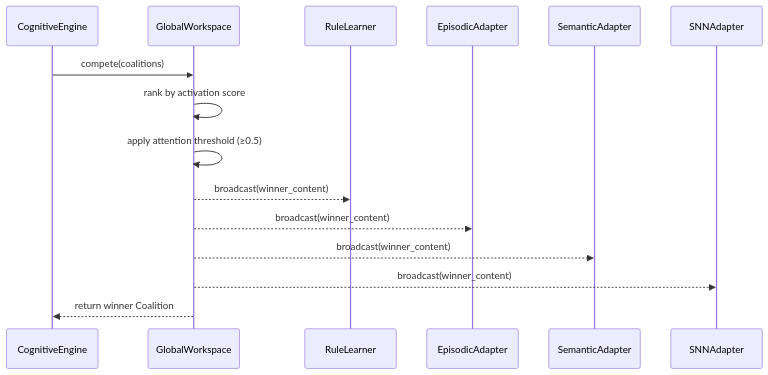
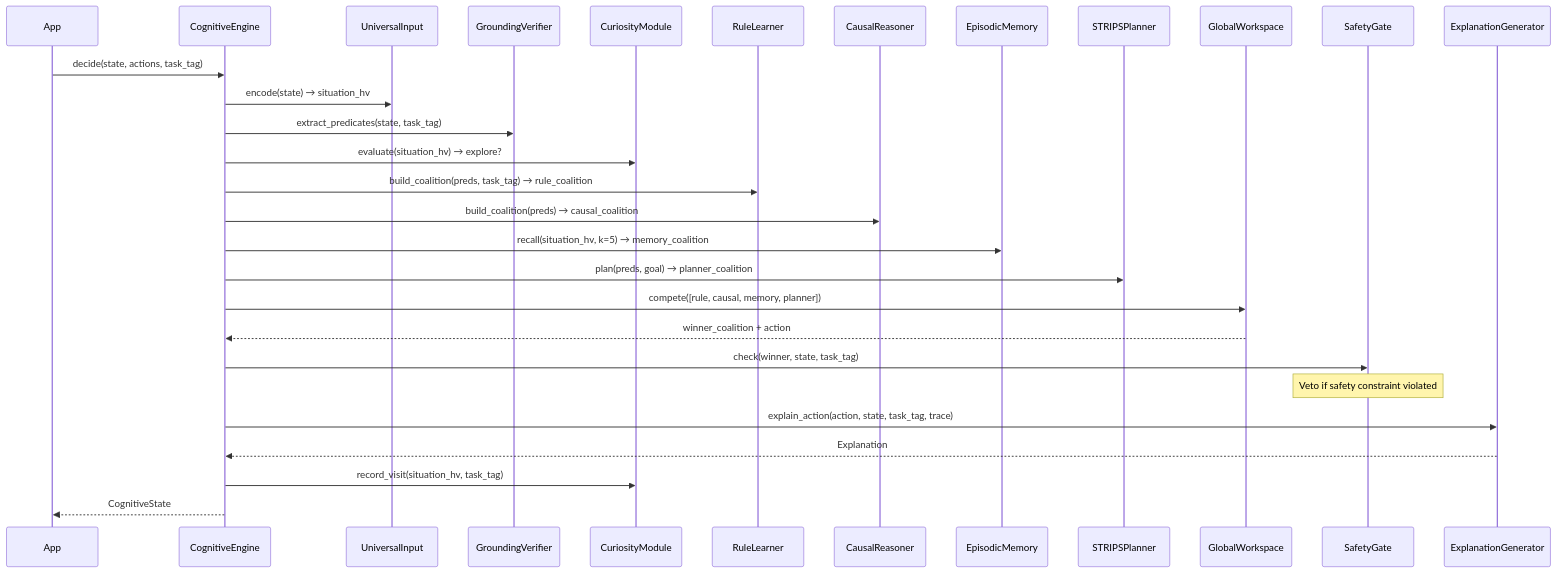
The eighth of 10 diagrams in nsck/docs/ARCHITECTURE.md (shiva2321/Neuro-Symbolic-Cognitive-Kernel), drawn with Mermaid before and after one commit. The commit also changed other lines of this file and 6 other files, not shown here.

Commit message:
Create/update 7 documentation files: README, ARCHITECTURE, MODULE_REFERENCE, FORMULAS, TESTING, AI model README

````diff
--- a/nsck/docs/ARCHITECTURE.md
+++ b/nsck/docs/ARCHITECTURE.md
@@ -379,18 +494,37 @@
 ```mermaid
 sequenceDiagram
+    participant App
     participant CE as CognitiveEngine
-    participant GWT as GlobalWorkspace
+    participant UI as UniversalInput
+    participant GV as GroundingVerifier
+    participant Cur as CuriosityModule
     participant RL as RuleLearner
-    participant EpiA as EpisodicAdapter
-    participant SemA as SemanticAdapter
-    participant SNN as SNNAdapter
+    participant CR as CausalReasoner
+    participant EM as EpisodicMemory
+    participant SP as STRIPSPlanner
+    participant GW as GlobalWorkspace
+    participant SG as SafetyGate
+    participant EG as ExplanationGenerator
 
-    CE->>GWT: compete(coalitions)
-    GWT->>GWT: rank by activation score
-    GWT->>GWT: apply attention threshold (≥0.5)
-    GWT-->>RL: broadcast(winner_content)
-    GWT-->>EpiA: broadcast(winner_content)
-    GWT-->>SemA: broadcast(winner_content)
-    GWT-->>SNN: broadcast(winner_content)
-    GWT-->>CE: return winner Coalition
+    App->>CE: decide(state, actions, task_tag)
+    CE->>UI: encode(state) → situation_hv
+    CE->>GV: extract_predicates(state, task_tag)
+    CE->>Cur: evaluate(situation_hv) → explore?
+
+    CE->>RL: build_coalition(preds, task_tag) → rule_coalition
+    CE->>CR: build_coalition(preds) → causal_coalition
+    CE->>EM: recall(situation_hv, k=5) → memory_coalition
+    CE->>SP: plan(preds, goal) → planner_coalition
+
+    CE->>GW: compete([rule, causal, memory, planner])
+    GW-->>CE: winner_coalition + action
+
+    CE->>SG: check(winner, state, task_tag)
+    Note over SG: Veto if safety constraint violated
+
+    CE->>EG: explain_action(action, state, task_tag, trace)
+    EG-->>CE: Explanation
+
+    CE->>Cur: record_visit(situation_hv, task_tag)
+    CE-->>App: CognitiveState
 ```
````
